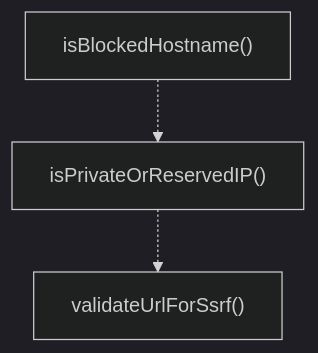
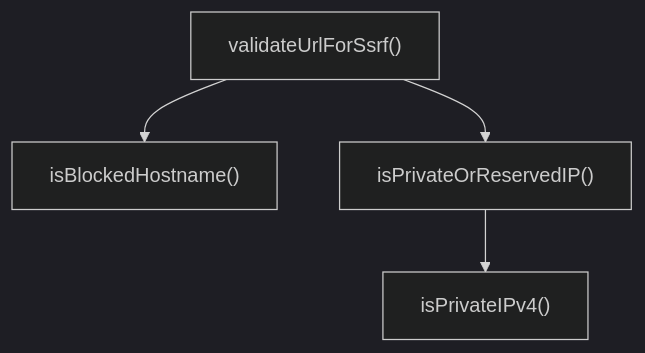
One commit to Mekann2904/mekann changed the first of 2 diagrams in ABDD/.pi/extensions/loop/ssrf-protection.md. Above: the diagram before and after it, drawn with Mermaid (dark theme). The commit also changed other lines of this file and 277 other files, not shown here.

````diff
--- a/ABDD/.pi/extensions/loop/ssrf-protection.md
+++ b/ABDD/.pi/extensions/loop/ssrf-protection.md
@@ -34,8 +34,10 @@
 ```mermaid
 flowchart TD
   isBlockedHostname["isBlockedHostname()"]
+  isPrivateIPv4["isPrivateIPv4()"]
   isPrivateOrReservedIP["isPrivateOrReservedIP()"]
   validateUrlForSsrf["validateUrlForSsrf()"]
-  isBlockedHostname -.-> isPrivateOrReservedIP
-  isPrivateOrReservedIP -.-> validateUrlForSsrf
+  isPrivateOrReservedIP --> isPrivateIPv4
+  validateUrlForSsrf --> isBlockedHostname
+  validateUrlForSsrf --> isPrivateOrReservedIP
 ```
````
